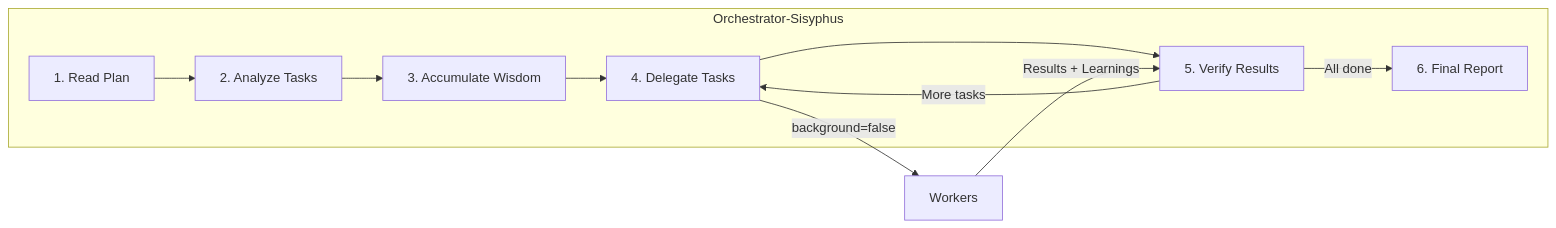
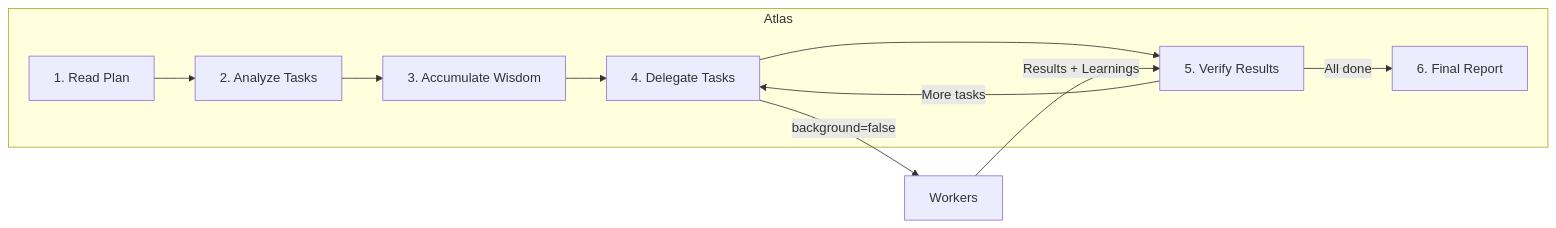
The third of 4 diagrams in docs/guide/understanding-orchestration-system.md (code-yeongyu/oh-my-openagent), drawn with Mermaid before and after one commit. The commit also changed other lines of this file and 2 other files, not shown here.

Commit message:
docs: rename Orchestrator-Sisyphus to Atlas

````diff
--- a/docs/guide/understanding-orchestration-system.md
+++ b/docs/guide/understanding-orchestration-system.md
@@ -161,21 +161,21 @@
 ```mermaid
 flowchart LR
-    subgraph Orchestrator["Orchestrator-Sisyphus"]
+    subgraph Orchestrator["Atlas"]
         Read["1. Read Plan"]
         Analyze["2. Analyze Tasks"]
         Wisdom["3. Accumulate Wisdom"]
         Delegate["4. Delegate Tasks"]
         Verify["5. Verify Results"]
         Report["6. Final Report"]
     end
     
     Read --> Analyze
     Analyze --> Wisdom
     Wisdom --> Delegate
     Delegate --> Verify
     Verify -->|"More tasks"| Delegate
     Verify -->|"All done"| Report
     
     Delegate -->|"background=false"| Workers["Workers"]
     Workers -->|"Results + Learnings"| Verify
 ```
````
